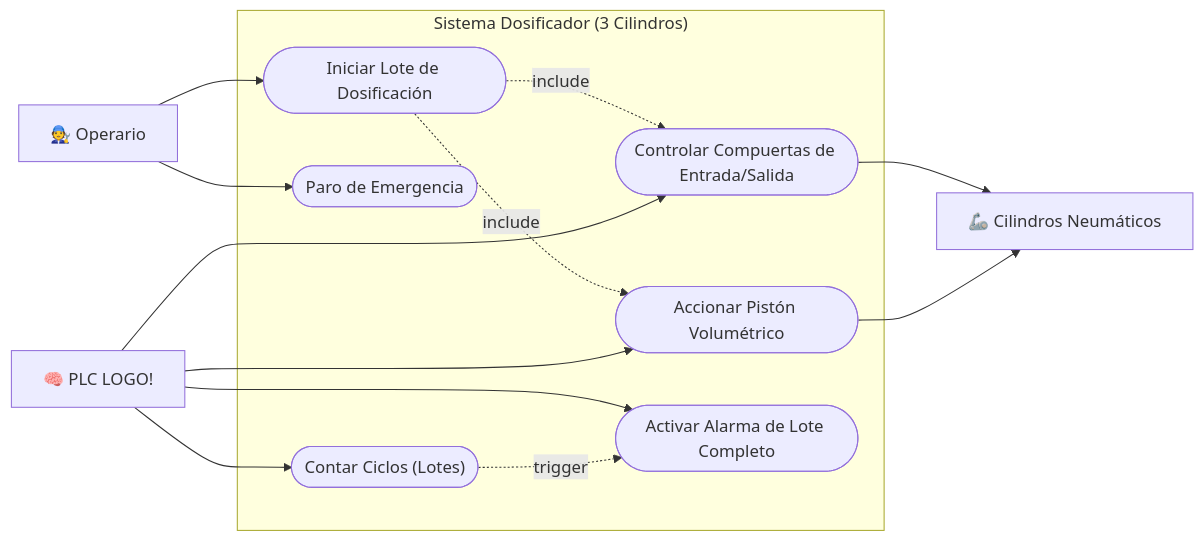
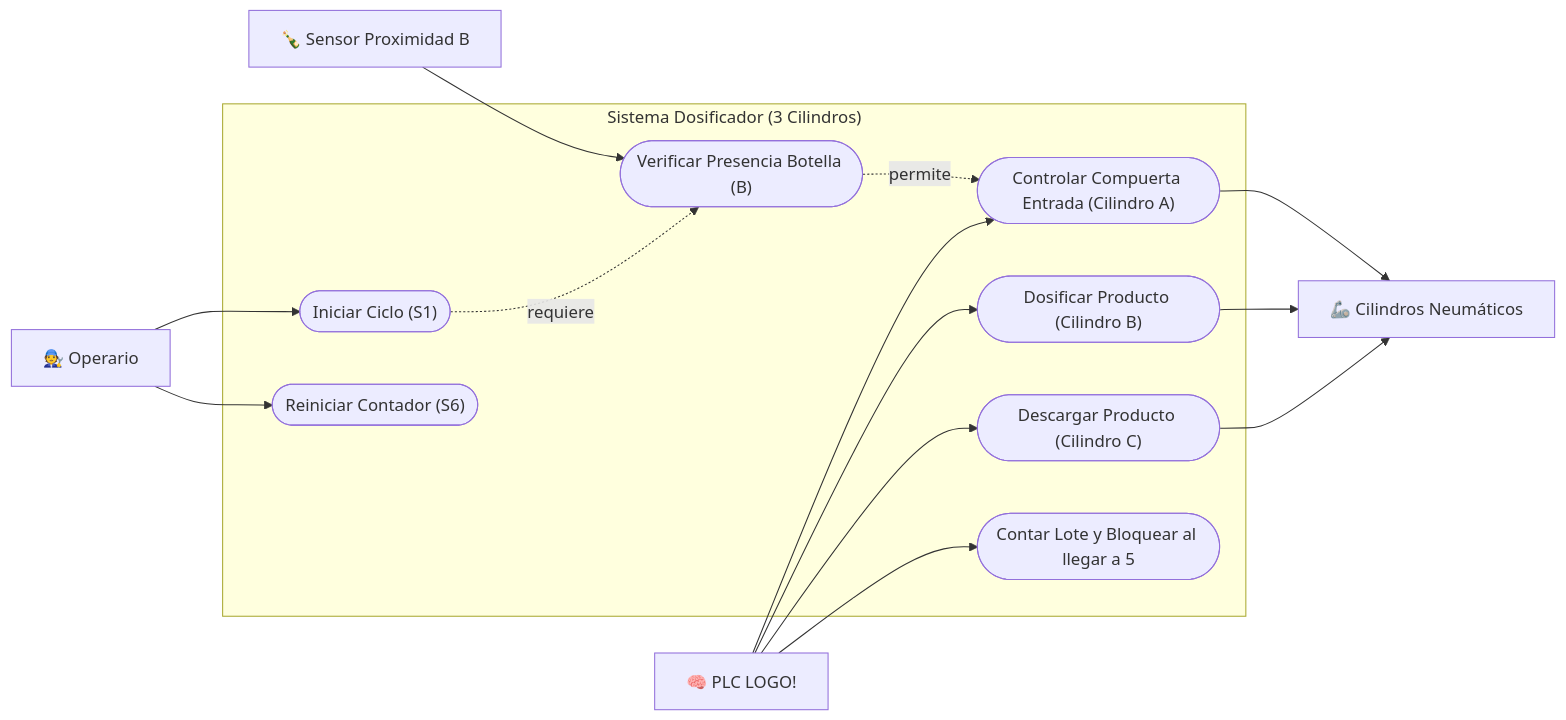
The second of 2 diagrams in Documentacion.md (HanYue2000/Dosificadora), drawn with Mermaid before and after one commit. The commit also changed other lines of this file, not shown here.

````diff
--- a/Documentacion.md
+++ b/Documentacion.md
@@ -34,33 +77,34 @@
 ```mermaid
 flowchart LR
     %% Actors
     Operario["🧑‍🔧 Operario"]
     PLC["🧠 PLC LOGO!"]
     Actuadores["🦾 Cilindros Neumáticos"]
+    SensorBotella["🍾 Sensor Proximidad B"]
     
     subgraph Sistema ["Sistema Dosificador (3 Cilindros)"]
-        UC1(["Iniciar Lote de Dosificación"])
-        UC2(["Paro de Emergencia"])
-        UC3(["Controlar Compuertas de Entrada/Salida"])
-        UC4(["Accionar Pistón Volumétrico"])
-        UC5(["Contar Ciclos (Lotes)"])
-        UC6(["Activar Alarma de Lote Completo"])
+        UC1(["Iniciar Ciclo (S1)"])
+        UC2(["Verificar Presencia Botella (B)"])
+        UC3(["Controlar Compuerta Entrada (Cilindro A)"])
+        UC4(["Dosificar Producto (Cilindro B)"])
+        UC5(["Descargar Producto (Cilindro C)"])
+        UC6(["Contar Lote y Bloquear al llegar a 5"])
+        UC7(["Reiniciar Contador (S6)"])
     end
     
     %% Relationships
     Operario --> UC1
-    Operario --> UC2
+    Operario --> UC7
+    SensorBotella --> UC2
     
-    UC1 -.->|include| UC3
-    UC1 -.->|include| UC4
-    
+    UC1 -.->|requiere| UC2
+    UC2 -.->|permite| UC3
     UC3 --> Actuadores
     UC4 --> Actuadores
+    UC5 --> Actuadores
     
     PLC --> UC3
     PLC --> UC4
     PLC --> UC5
     PLC --> UC6
-    
-    UC5 -.->|trigger| UC6
 ```
````
